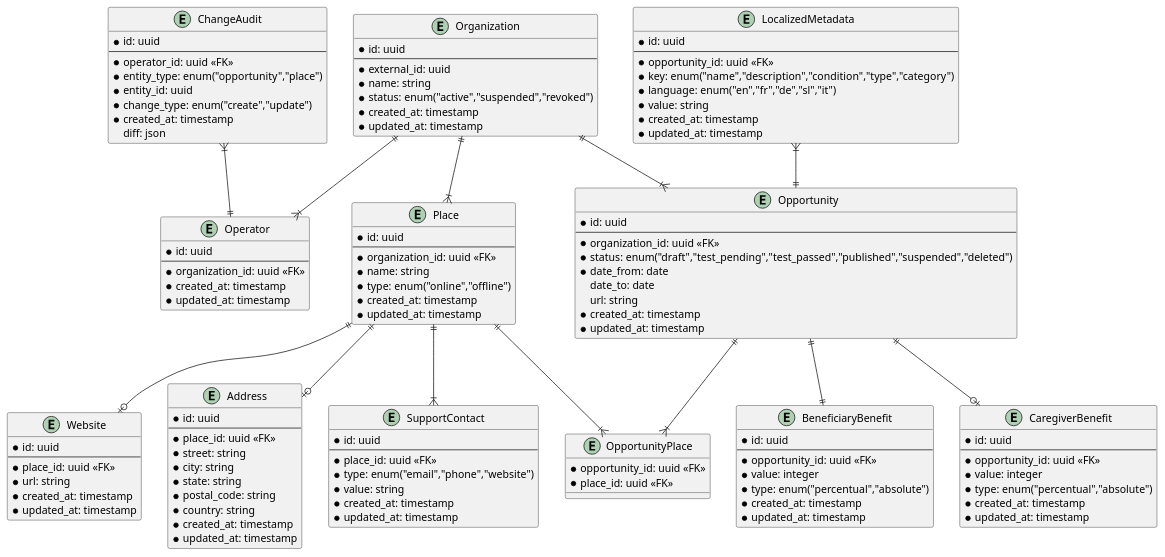
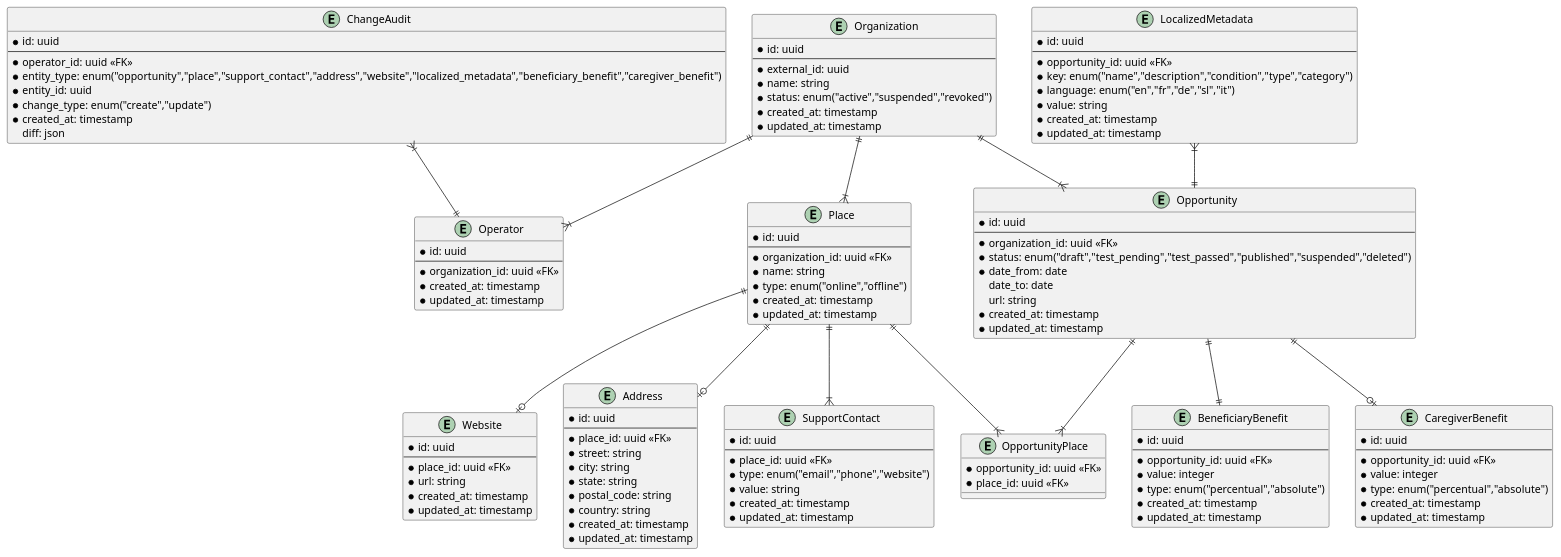
The diagram in docs/backoffice/er.puml (pagopa/io-growth), drawn with PlantUML before and after one commit.

Commit message:
(doc): added enum values

```diff
--- a/docs/backoffice/er.puml
+++ b/docs/backoffice/er.puml
@@ -1,135 +1,135 @@
 @startuml ced_er_diagram
 
 entity Organization {
     * id: uuid
     --
     * external_id: uuid
     * name: string
     * status: enum("active","suspended","revoked")
     * created_at: timestamp
     * updated_at: timestamp
 }
 
 entity Operator {
     * id: uuid
     --
     * organization_id: uuid <<FK>>
     * created_at: timestamp
     * updated_at: timestamp
 }
 
 entity Place {
     * id: uuid
     --
     * organization_id: uuid <<FK>>
     * name: string
     * type: enum("online","offline")
     * created_at: timestamp
     * updated_at: timestamp
 }
 
 entity Website {
     * id: uuid
     --
     * place_id: uuid <<FK>>
     * url: string
     * created_at: timestamp
     * updated_at: timestamp
 }
 
 entity Address {
     * id: uuid
     --
     * place_id: uuid <<FK>>
     * street: string
     * city: string
     * state: string
     * postal_code: string
     * country: string
     * created_at: timestamp
     * updated_at: timestamp
 }
 
 entity SupportContact {
     * id: uuid
     --
     * place_id: uuid <<FK>>
     * type: enum("email","phone","website")
     * value: string
     * created_at: timestamp
     * updated_at: timestamp
 }
 
 entity OpportunityPlace {
     * opportunity_id: uuid <<FK>>
     * place_id: uuid <<FK>>
 }
 
 entity Opportunity {
     * id: uuid
     --
     * organization_id: uuid <<FK>>
     * status: enum("draft","test_pending","test_passed","published","suspended","deleted")
     * date_from: date
     date_to: date
     url: string
     * created_at: timestamp
     * updated_at: timestamp
 }
 
 entity BeneficiaryBenefit {
     * id: uuid
     --
     * opportunity_id: uuid <<FK>>
     * value: integer
     * type: enum("percentual","absolute")
     * created_at: timestamp
     * updated_at: timestamp
 }
 
 entity CaregiverBenefit {
     * id: uuid
     --
     * opportunity_id: uuid <<FK>>
     * value: integer
     * type: enum("percentual","absolute")
     * created_at: timestamp
     * updated_at: timestamp
 }
 
 entity LocalizedMetadata {
     * id: uuid
     --
     * opportunity_id: uuid <<FK>>
     * key: enum("name","description","condition","type","category")
     * language: enum("en","fr","de","sl","it")
     * value: string
     * created_at: timestamp
     * updated_at: timestamp
 }
 
 entity ChangeAudit {
     * id: uuid
     --
     * operator_id: uuid <<FK>>
-    * entity_type: enum("opportunity","place")
+    * entity_type: enum("opportunity","place","support_contact","address","website","localized_metadata","beneficiary_benefit","caregiver_benefit")
     * entity_id: uuid
     * change_type: enum("create","update")
     * created_at: timestamp
     diff: json
 }
 
 ChangeAudit }|--|| Operator
 Organization ||--|{ Operator
 Organization ||--|{ Place
 Organization ||--|{ Opportunity
 Place ||--o| Address
 Place ||--o| Website
 Place ||--|{ SupportContact
 Place ||--|{ OpportunityPlace
 Opportunity ||--|{ OpportunityPlace
 LocalizedMetadata }|--|| Opportunity
 Opportunity ||--|| BeneficiaryBenefit
 Opportunity ||--o| CaregiverBenefit
 
 @enduml
```
